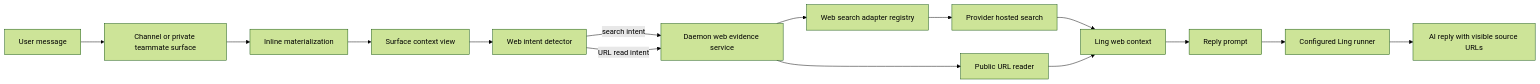
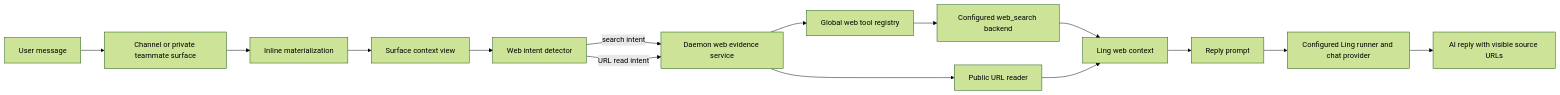
Before and after one commit to ling-stack-org/ling-stack: the first of 2 diagrams in docs/design/ling-web-tools.md, drawn with Mermaid (forest theme). The commit also changed other lines of this file and 6 other files, not shown here.

Commit message:
feat: decouple web search from chat providers

````diff
--- a/docs/design/ling-web-tools.md
+++ b/docs/design/ling-web-tools.md
@@ -15,17 +15,17 @@
 ```mermaid
 flowchart LR
   User["User message"] --> Surface["Channel or private teammate surface"]
   Surface --> Materialize["Inline materialization"]
   Materialize --> Envelope["Surface context view"]
   Envelope --> WebIntent["Web intent detector"]
   WebIntent -->|search intent| Evidence["Daemon web evidence service"]
-  Evidence --> Registry["Web search adapter registry"]
-  Registry --> Search["Provider hosted search"]
+  Evidence --> Registry["Global web tool registry"]
+  Registry --> SearchBackend["Configured web_search backend"]
   WebIntent -->|URL read intent| Evidence
   Evidence --> ReadUrl["Public URL reader"]
-  Search --> Context["Ling web context"]
+  SearchBackend --> Context["Ling web context"]
   ReadUrl --> Context
   Context --> Prompt["Reply prompt"]
-  Prompt --> Runner["Configured Ling runner"]
+  Prompt --> Runner["Configured Ling runner and chat provider"]
   Runner --> Reply["AI reply with visible source URLs"]
 ```
````
